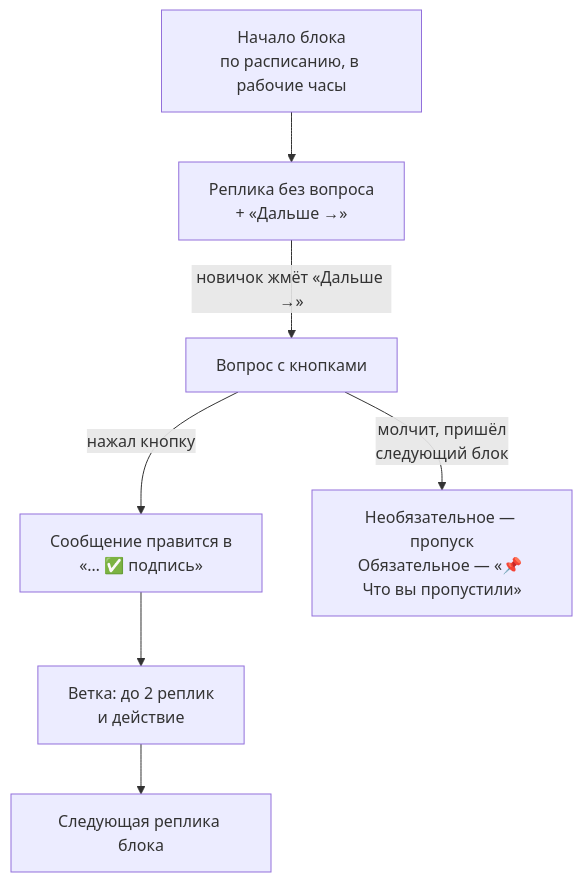
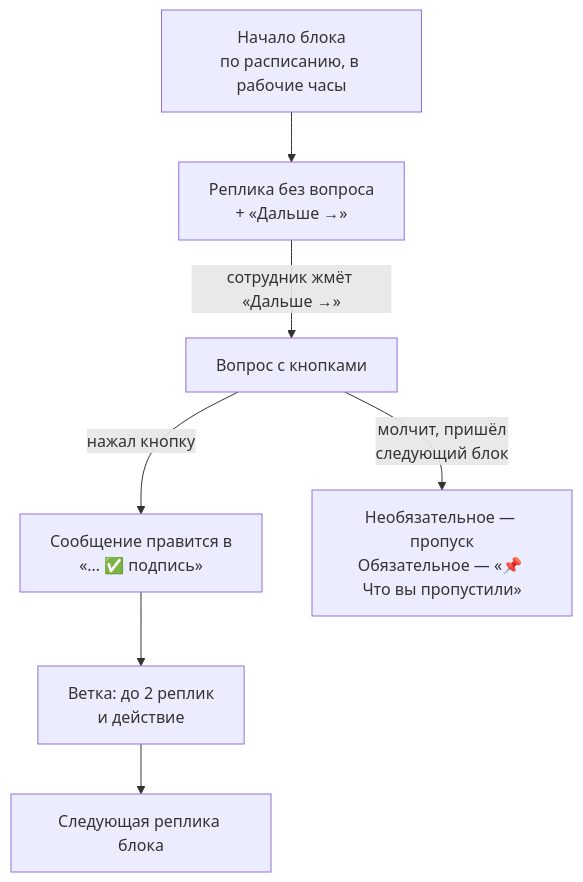
The third of 5 diagrams in agency/system/Human/02-bot-behaviour.md (kunak-agency/polyplastic-bot), drawn with Mermaid before and after one commit. The commit also changed other lines of this file and 99 other files, not shown here.

````diff
--- a/agency/system/Human/02-bot-behaviour.md
+++ b/agency/system/Human/02-bot-behaviour.md
@@ -90,9 +90,9 @@
 ```mermaid
 flowchart TD
     S["Начало блока<br/>по расписанию, в рабочие часы"] --> M1["Реплика без вопроса<br/>+ «Дальше →»"]
-    M1 -->|"новичок жмёт «Дальше →»"| Q["Вопрос с кнопками"]
+    M1 -->|"сотрудник жмёт «Дальше →»"| Q["Вопрос с кнопками"]
     Q -->|"нажал кнопку"| E["Сообщение правится в<br/>«… ✅ подпись»"]
     E --> BR["Ветка: до 2 реплик<br/>и действие"]
     BR --> M2["Следующая реплика блока"]
     Q -->|"молчит, пришёл<br/>следующий блок"| MISS["Необязательное — пропуск<br/>Обязательное — «📌 Что вы пропустили»"]
 ```
````
